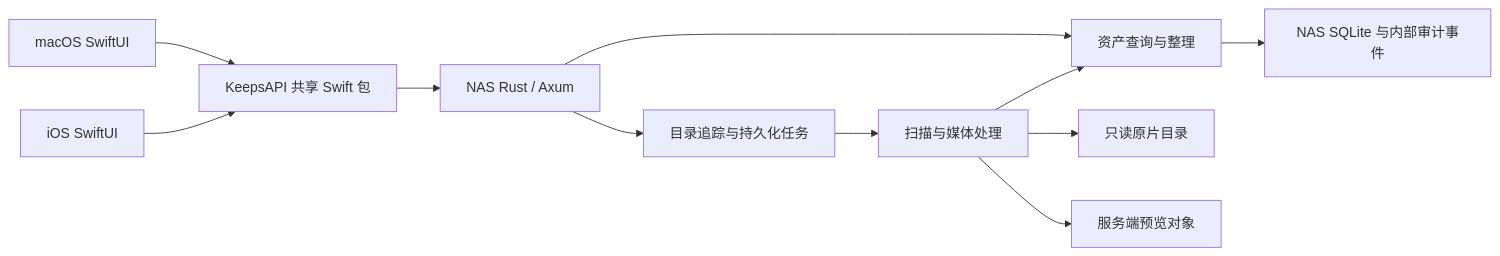
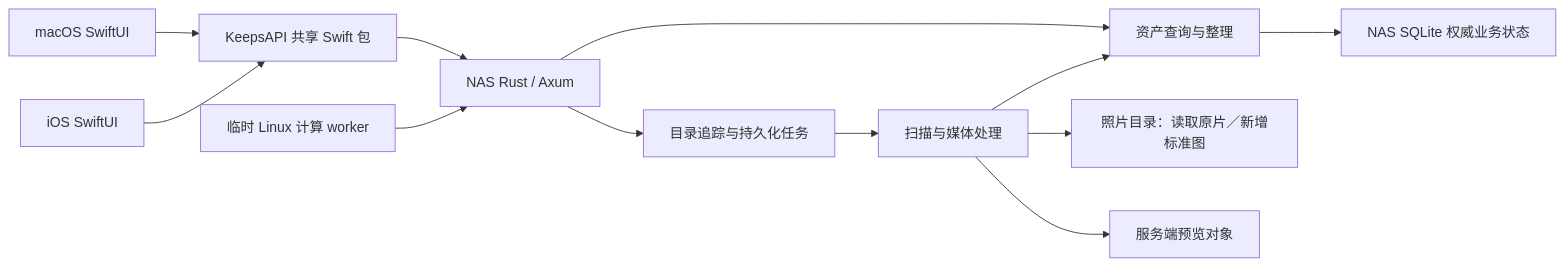
Before and after one commit to hechuan9/photo-asset-manager: the diagram in docs/ARCHITECTURE.md, drawn with Mermaid. The commit also changed other lines of this file and 130 other files, not shown here.

Commit message:
feat: centralize NAS catalog and automate distributed photo processing

````diff
--- a/docs/ARCHITECTURE.md
+++ b/docs/ARCHITECTURE.md
@@ -11,13 +11,14 @@
 ```mermaid
 flowchart LR
     Mac[macOS SwiftUI] --> API[KeepsAPI 共享 Swift 包]
     iOS[iOS SwiftUI] --> API
     API --> HTTP[NAS Rust / Axum]
+    Linux[临时 Linux 计算 worker] --> HTTP
     HTTP --> Catalog[资产查询与整理]
     HTTP --> Jobs[目录追踪与持久化任务]
-    Catalog --> DB[NAS SQLite 与内部审计事件]
+    Catalog --> DB[NAS SQLite 权威业务状态]
     Jobs --> Media[扫描与媒体处理]
-    Media --> Originals[只读原片目录]
+    Media --> Originals[照片目录：读取原片／新增标准图]
     Media --> Preview[服务端预览对象]
     Media --> Catalog
 ```
````
